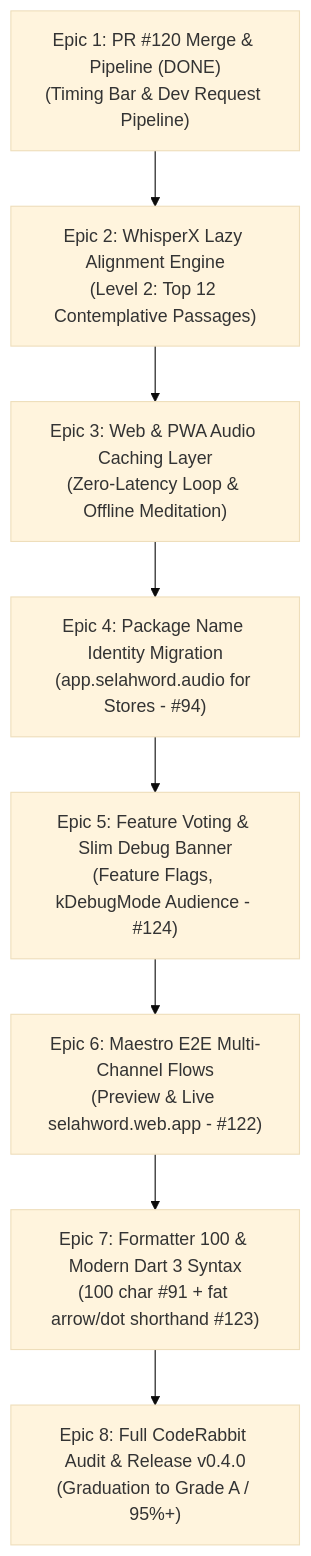
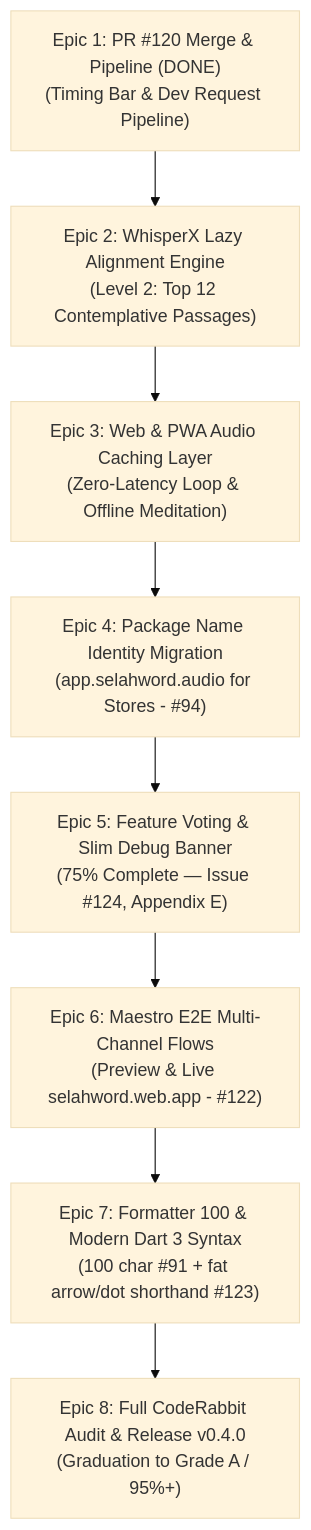
The diagram in monday_afternoon_mega_tasks.md (neiljaywarner/selah_prototype_audio_13sep2026), drawn with Mermaid (base theme) before and after one commit. The commit also changed other lines of this file and 5 other files, not shown here.

````diff
--- a/monday_afternoon_mega_tasks.md
+++ b/monday_afternoon_mega_tasks.md
@@ -63,10 +63,10 @@
 ```mermaid
 graph TD
     E1["Epic 1: PR #120 Merge & Pipeline (DONE)<br/>(Timing Bar & Dev Request Pipeline)"] --> E2["Epic 2: WhisperX Lazy Alignment Engine<br/>(Level 2: Top 12 Contemplative Passages)"]
     E2 --> E3["Epic 3: Web & PWA Audio Caching Layer<br/>(Zero-Latency Loop & Offline Meditation)"]
     E3 --> E4["Epic 4: Package Name Identity Migration<br/>(app.selahword.audio for Stores - #94)"]
-    E4 --> E5["Epic 5: Feature Voting & Slim Debug Banner<br/>(Feature Flags, kDebugMode Audience - #124)"]
+    E4 --> E5["Epic 5: Feature Voting & Slim Debug Banner<br/>(75% Complete — Issue #124, Appendix E)"]
     E5 --> E6["Epic 6: Maestro E2E Multi-Channel Flows<br/>(Preview & Live selahword.web.app - #122)"]
     E6 --> E7["Epic 7: Formatter 100 & Modern Dart 3 Syntax<br/>(100 char #91 + fat arrow/dot shorthand #123)"]
     E7 --> E8["Epic 8: Full CodeRabbit Audit & Release v0.4.0<br/>(Graduation to Grade A / 95%+)"]
 ```
````
